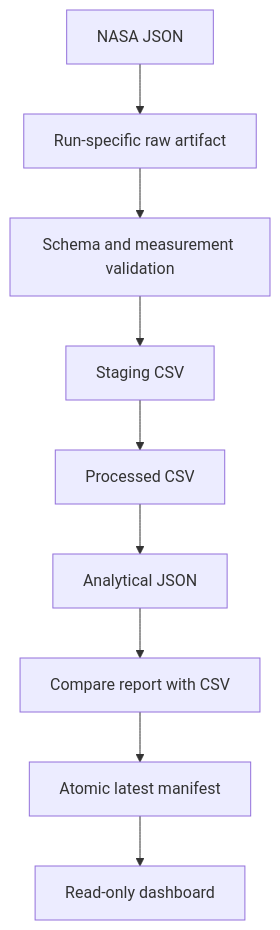
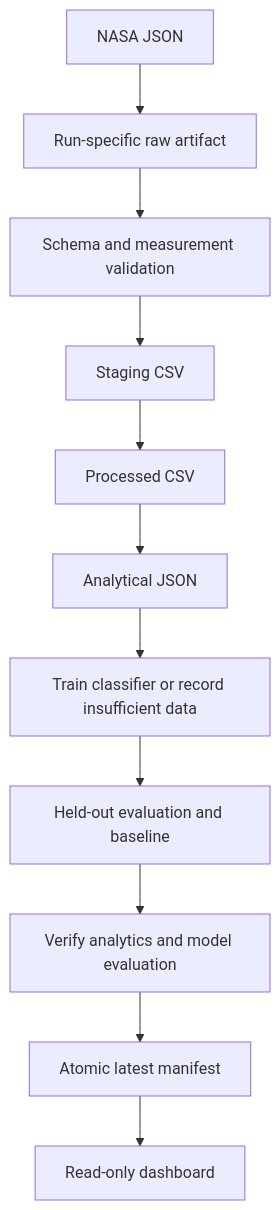
Before and after one commit to DADS7305-MLOps-002306229/Lab-3-Airflow: the diagram in docs/architecture.md, drawn with Mermaid. The commit also changed other lines of this file and 12 other files, not shown here.

````diff
--- a/docs/architecture.md
+++ b/docs/architecture.md
@@ -5,11 +5,13 @@
 ```mermaid
 flowchart TD
     API[NASA JSON] --> RAW[Run-specific raw artifact]
     RAW --> VALID[Schema and measurement validation]
     VALID --> STAGE[Staging CSV]
     STAGE --> CSV[Processed CSV]
     CSV --> REPORT[Analytical JSON]
-    REPORT --> VERIFY[Compare report with CSV]
+    REPORT --> TRAIN[Train classifier or record insufficient data]
+    TRAIN --> EVAL[Held-out evaluation and baseline]
+    EVAL --> VERIFY[Verify analytics and model evaluation]
     VERIFY --> MANIFEST[Atomic latest manifest]
     MANIFEST --> DASH[Read-only dashboard]
 ```
````
